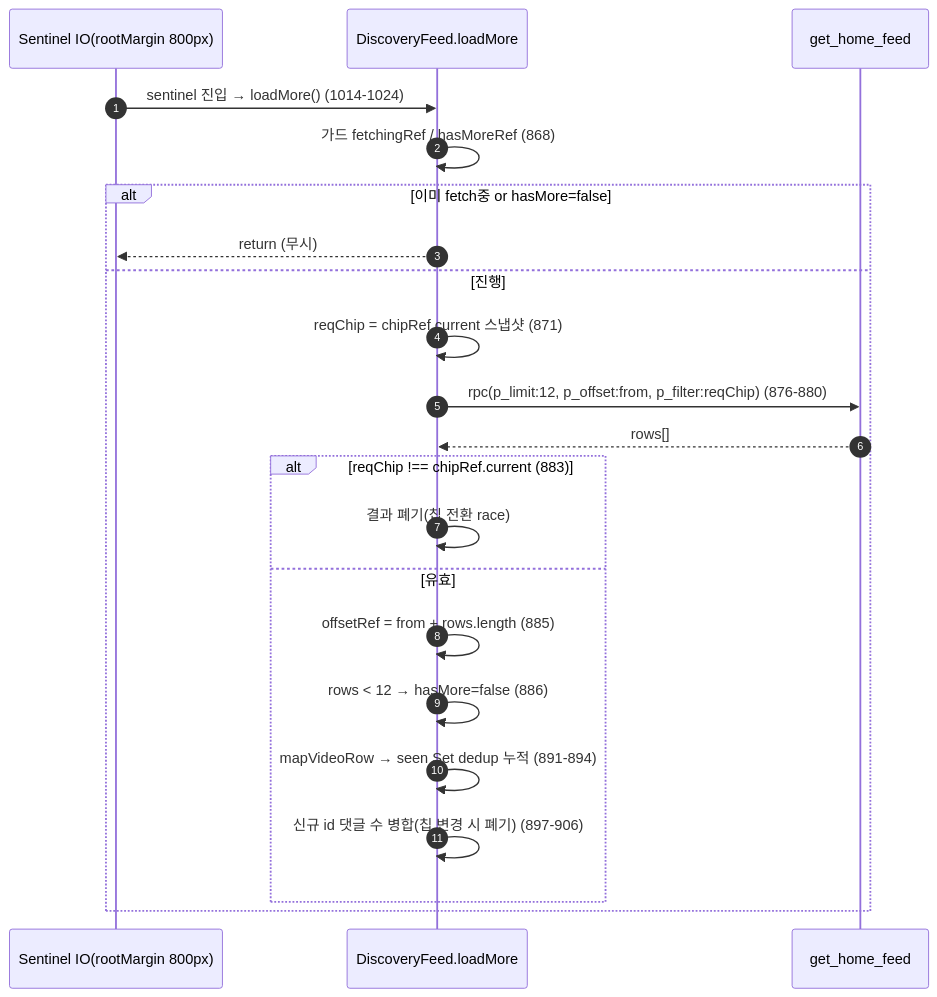
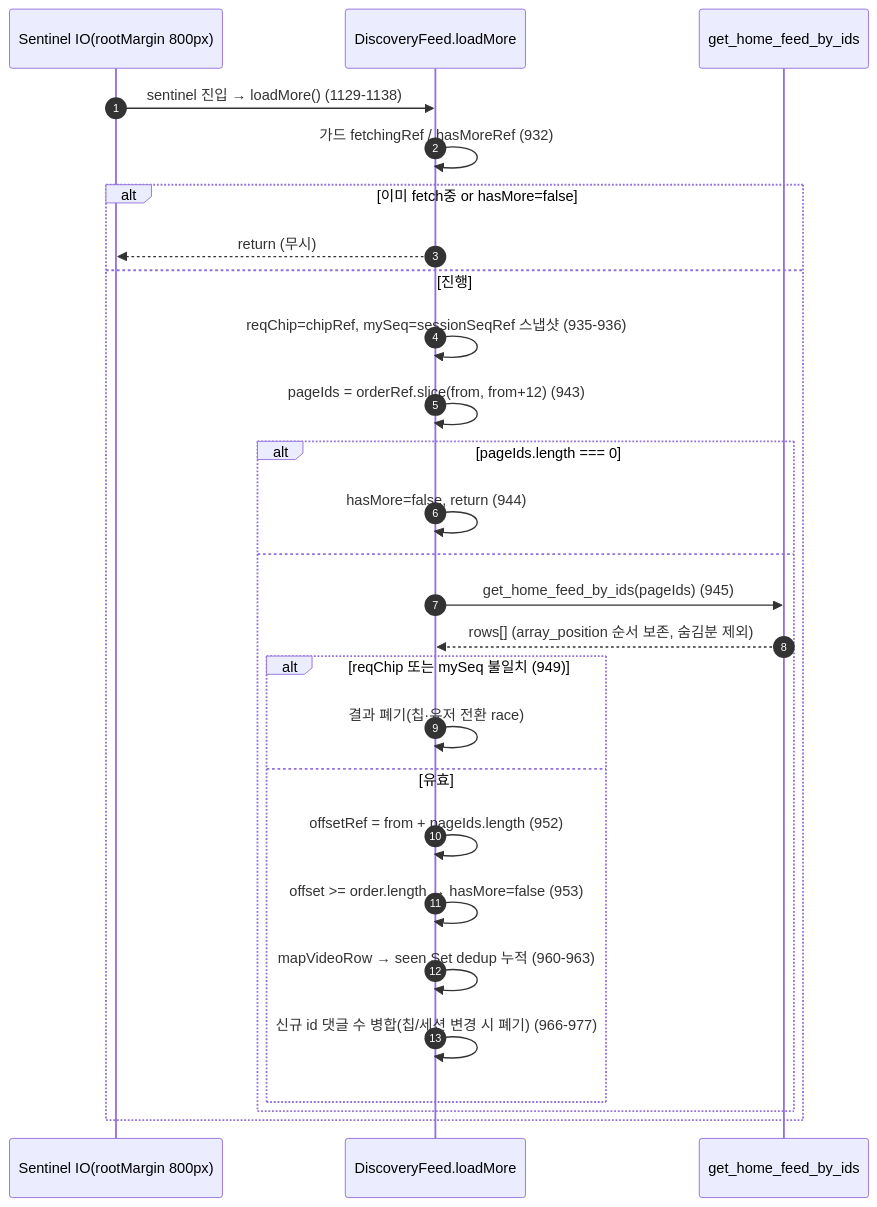
The second of 6 diagrams in docs/prd/02-home-feed.md (crebiz-commits/ai-v-market), drawn with Mermaid before and after one commit. The commit also changed other lines of this file, not shown here.

First line of the commit message:
docs(prd): 홈피드 명세를 frozen-order 아키텍처로 동기화

````diff
--- a/docs/prd/02-home-feed.md
+++ b/docs/prd/02-home-feed.md
@@ -407,25 +431,30 @@
 ```mermaid
 sequenceDiagram
     autonumber
     participant IO as Sentinel IO(rootMargin 800px)
     participant DF as DiscoveryFeed.loadMore
-    participant RPC as get_home_feed
+    participant IDS as get_home_feed_by_ids
 
-    IO->>DF: sentinel 진입 → loadMore() (1014-1024)
-    DF->>DF: 가드 fetchingRef / hasMoreRef (868)
+    IO->>DF: sentinel 진입 → loadMore() (1129-1138)
+    DF->>DF: 가드 fetchingRef / hasMoreRef (932)
     alt 이미 fetch중 or hasMore=false
         DF-->>IO: return (무시)
     else 진행
-        DF->>DF: reqChip = chipRef.current 스냅샷 (871)
-        DF->>RPC: rpc(p_limit:12, p_offset:from, p_filter:reqChip) (876-880)
-        RPC-->>DF: rows[]
-        alt reqChip !== chipRef.current (883)
-            DF->>DF: 결과 폐기(칩 전환 race)
-        else 유효
-            DF->>DF: offsetRef = from + rows.length (885)
-            DF->>DF: rows < 12 → hasMore=false (886)
-            DF->>DF: mapVideoRow → seen Set dedup 누적 (891-894)
-            DF->>DF: 신규 id 댓글 수 병합(칩 변경 시 폐기) (897-906)
+        DF->>DF: reqChip=chipRef, mySeq=sessionSeqRef 스냅샷 (935-936)
+        DF->>DF: pageIds = orderRef.slice(from, from+12) (943)
+        alt pageIds.length === 0
+            DF->>DF: hasMore=false, return (944)
+        else
+            DF->>IDS: get_home_feed_by_ids(pageIds) (945)
+            IDS-->>DF: rows[] (array_position 순서 보존, 숨김분 제외)
+            alt reqChip 또는 mySeq 불일치 (949)
+                DF->>DF: 결과 폐기(칩·유저 전환 race)
+            else 유효
+                DF->>DF: offsetRef = from + pageIds.length (952)
+                DF->>DF: offset >= order.length → hasMore=false (953)
+                DF->>DF: mapVideoRow → seen Set dedup 누적 (960-963)
+                DF->>DF: 신규 id 댓글 수 병합(칩/세션 변경 시 폐기) (966-977)
+            end
         end
     end
 ```
````
